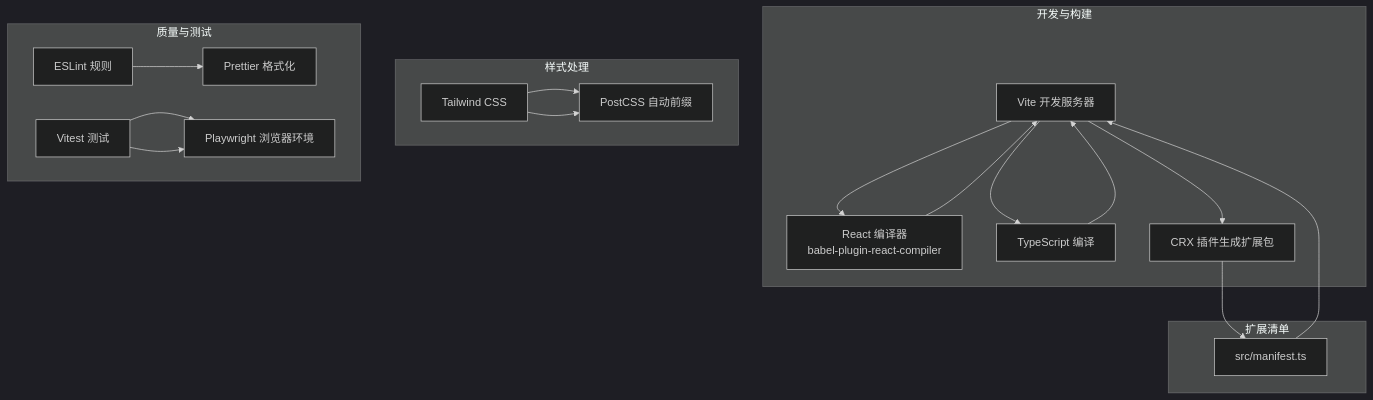
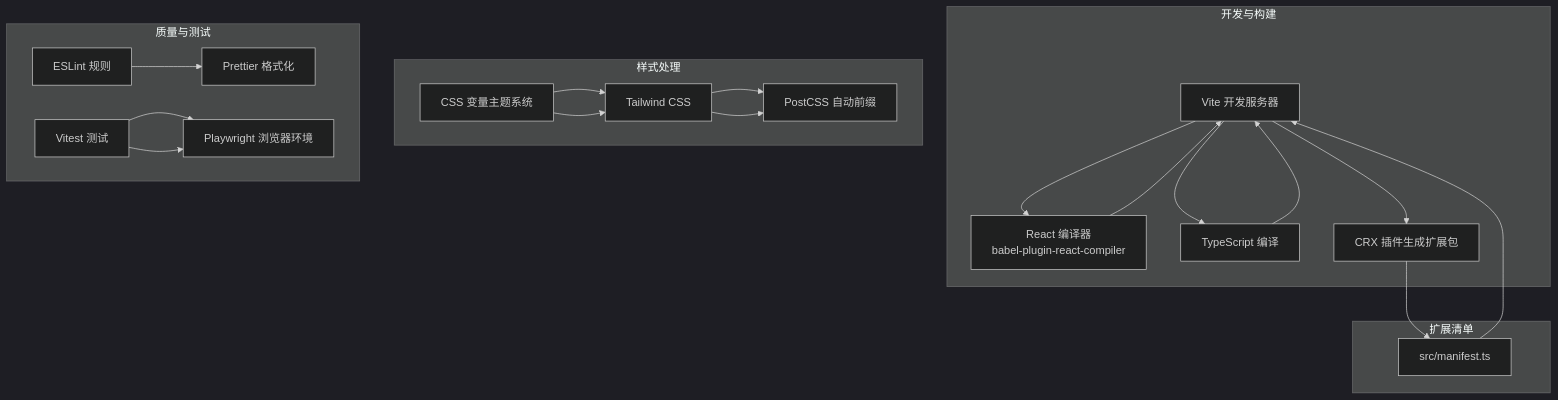
The second of 3 diagrams in .qoder/repowiki/zh/content/开发指南/开发指南.md (RadiumAg/bilibili-favorites), drawn with Mermaid (dark theme) before and after one commit. The commit also changed other lines of this file and 4 other files, not shown here.

````diff
--- a/.qoder/repowiki/zh/content/开发指南/开发指南.md
+++ b/.qoder/repowiki/zh/content/开发指南/开发指南.md
@@ -101,24 +117,26 @@
 ```mermaid
 graph TB
 subgraph "开发与构建"
 V["Vite 开发服务器"] --> R["React 编译器<br/>babel-plugin-react-compiler"]
 V --> T["TypeScript 编译"]
 V --> C["CRX 插件生成扩展包"]
 end
 subgraph "样式处理"
 TW["Tailwind CSS"] --> PC["PostCSS 自动前缀"]
+CSSVAR["CSS 变量主题系统"] --> TW
 end
 subgraph "质量与测试"
 ESL["ESLint 规则"] --> PRT["Prettier 格式化"]
 VT["Vitest 测试"] --> PW["Playwright 浏览器环境"]
 end
 subgraph "扩展清单"
 M["src/manifest.ts"]
 end
 R --> V
 T --> V
 C --> M
 M --> V
 TW --> PC
 VT --> PW
+CSSVAR --> TW
 ```
````
